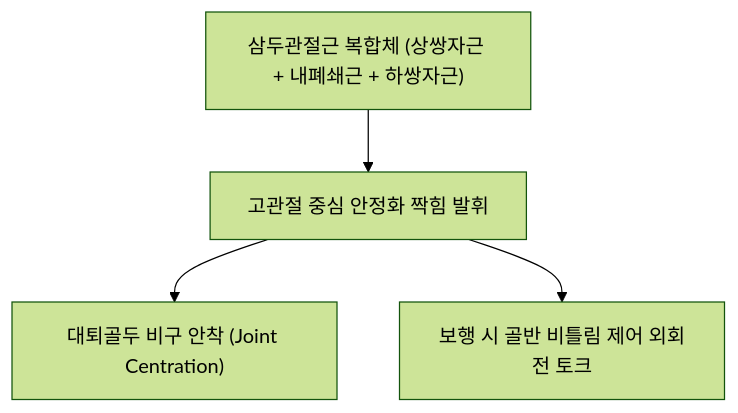
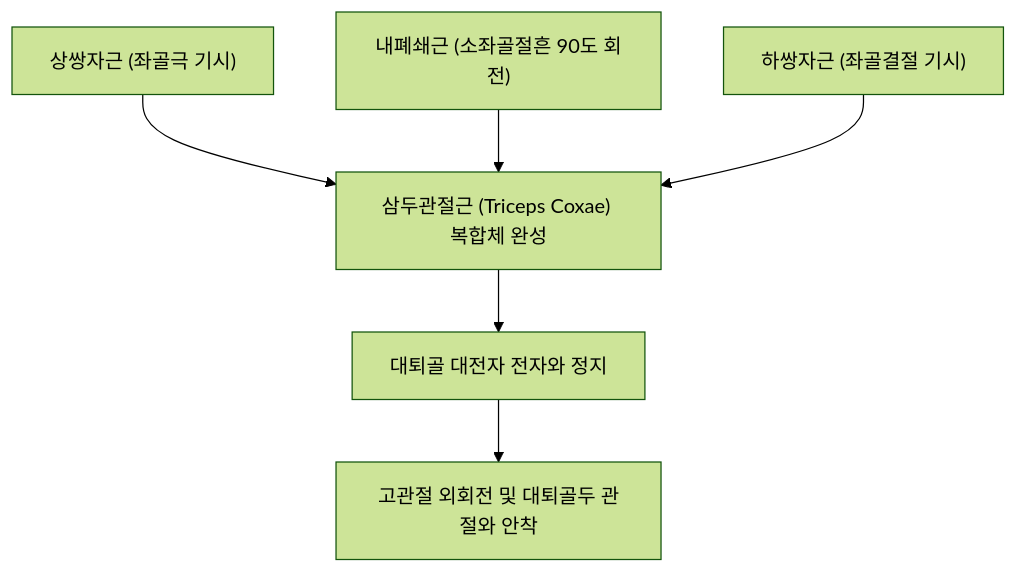
Before and after one commit to simbio11/simbio-digital-garden2: the diagram in content/1. 근골격계 공부/근육/(10) 둔부/쌍자근.md, drawn with Mermaid (forest theme). The commit also changed other lines of this file and 150 other files, not shown here.

````diff
--- a/content/1. 근골격계 공부/근육/(10) 둔부/쌍자근.md
+++ b/content/1. 근골격계 공부/근육/(10) 둔부/쌍자근.md
@@ -46,6 +52,8 @@
 ```mermaid
 graph TD
-    TricepsCoxaeComplex["삼두관절근 복합체 (상쌍자근 + 내폐쇄근 + 하쌍자근)"] --> ForceCouple["고관절 중심 안정화 짝힘 발휘"]
-    ForceCouple --> Centration["대퇴골두 비구 안착 (Joint Centration)"]
-    ForceCouple --> ERTorque["보행 시 골반 비틀림 제어 외회전 토크"]
+    SuperiorGemellus["상쌍자근 (좌골극 기시)"] --> TricepsCoxae["삼두관절근 (Triceps Coxae) 복합체 완성"]
+    ObturatorInternus["내폐쇄근 (소좌골절흔 90도 회전)"] --> TricepsCoxae
+    InferiorGemellus["하쌍자근 (좌골결절 기시)"] --> TricepsCoxae
+    TricepsCoxae --> FemurInsertion["대퇴골 대전자 전자와 정지"]
+    FemurInsertion --> JointCentration["고관절 외회전 및 대퇴골두 관절와 안착"]
 ```
````
